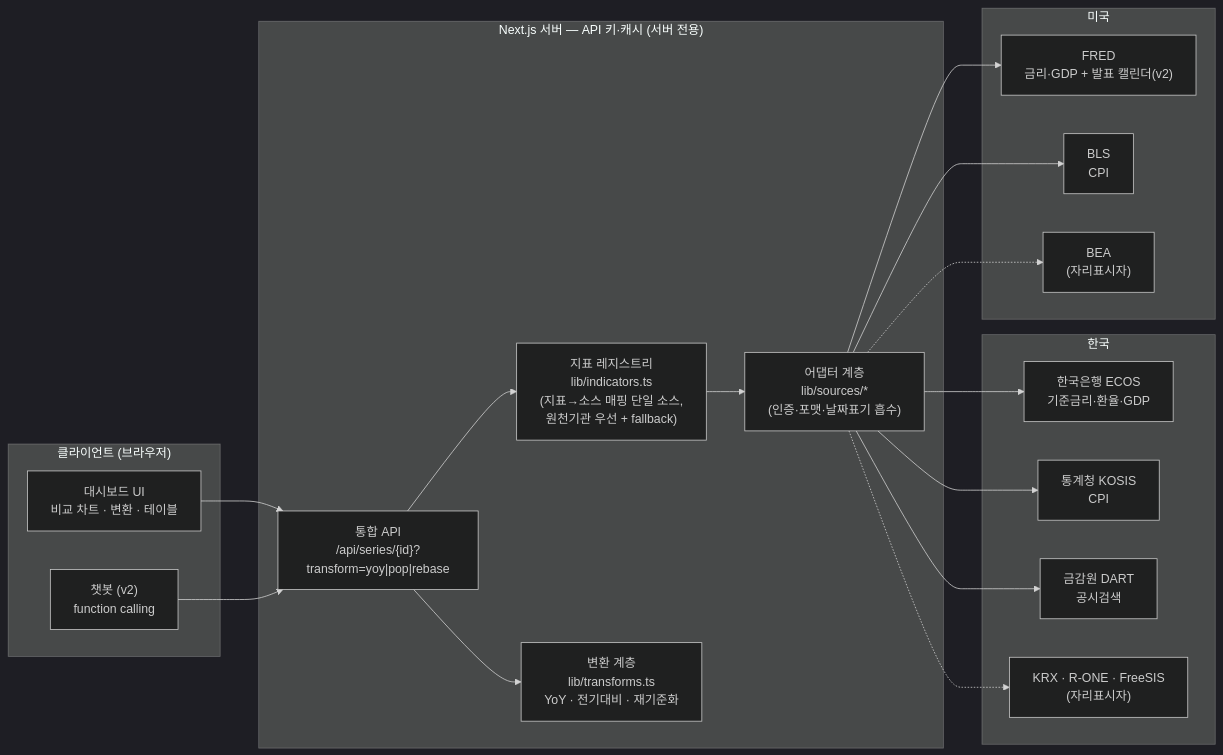
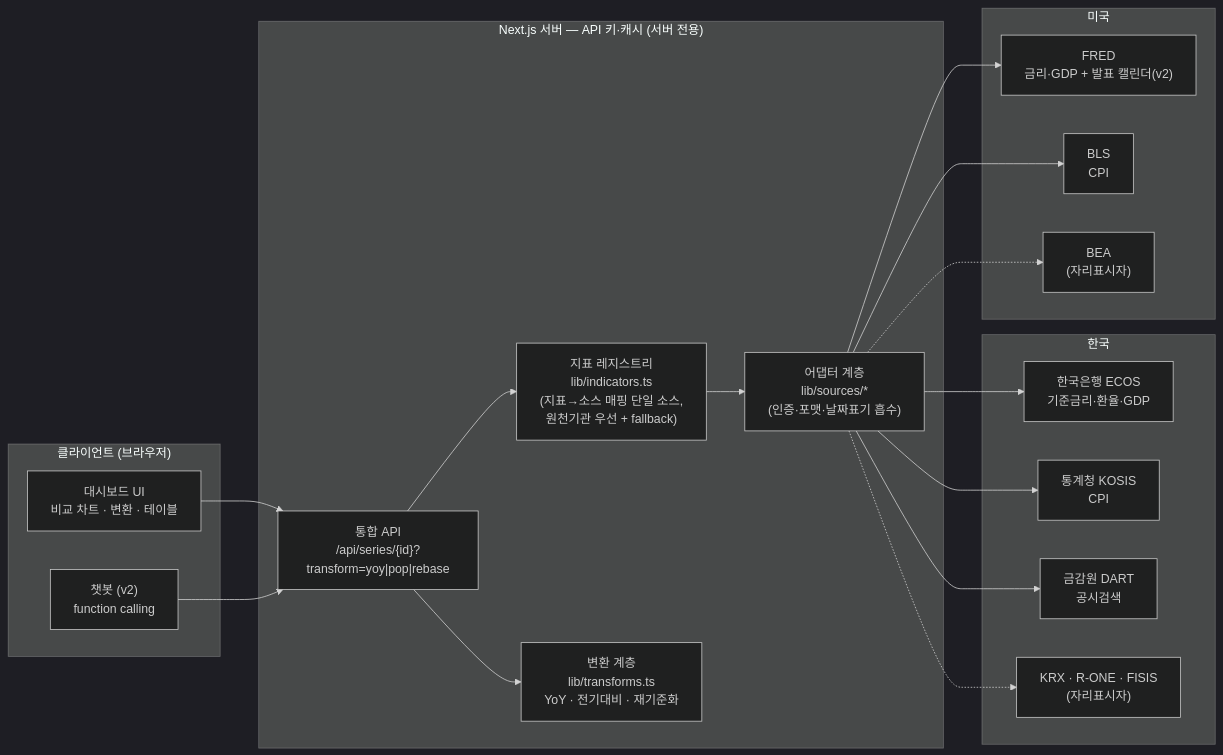
The diagram in docs/ARCHITECTURE.md (zzeonso1-ssonim/report-studio), drawn with Mermaid (dark theme) before and after one commit. The commit also changed 5 other files, not shown here.

Commit message:
FreeSIS(금투협, 법인전용) → FISIS(금감원)로 교체, 호출 제약 문서화

````diff
--- a/docs/ARCHITECTURE.md
+++ b/docs/ARCHITECTURE.md
@@ -3,40 +3,40 @@
 ```mermaid
 flowchart LR
   subgraph CLIENT["클라이언트 (브라우저)"]
     UI["대시보드 UI<br/>비교 차트 · 변환 · 테이블"]
     BOT["챗봇 (v2)<br/>function calling"]
   end
 
   subgraph SERVER["Next.js 서버 — API 키·캐시 (서버 전용)"]
     API["통합 API<br/>/api/series/{id}?transform=yoy|pop|rebase"]
     REG["지표 레지스트리<br/>lib/indicators.ts<br/>(지표→소스 매핑 단일 소스,<br/>원천기관 우선 + fallback)"]
     TR["변환 계층<br/>lib/transforms.ts<br/>YoY · 전기대비 · 재기준화"]
     AD["어댑터 계층<br/>lib/sources/*<br/>(인증·포맷·날짜표기 흡수)"]
   end
 
   subgraph KR["한국"]
     ECOS["한국은행 ECOS<br/>기준금리·환율·GDP"]
     KOSIS["통계청 KOSIS<br/>CPI"]
     DART["금감원 DART<br/>공시검색"]
-    KRSTUB["KRX · R-ONE · FreeSIS<br/>(자리표시자)"]
+    KRSTUB["KRX · R-ONE · FISIS<br/>(자리표시자)"]
   end
 
   subgraph US["미국"]
     FRED["FRED<br/>금리·GDP + 발표 캘린더(v2)"]
     BLS["BLS<br/>CPI"]
     USSTUB["BEA<br/>(자리표시자)"]
   end
 
   UI --> API
   BOT --> API
   API --> REG
   API --> TR
   REG --> AD
   AD --> ECOS
   AD --> KOSIS
   AD --> DART
   AD -.-> KRSTUB
   AD --> FRED
   AD --> BLS
   AD -.-> USSTUB
 ```
````
